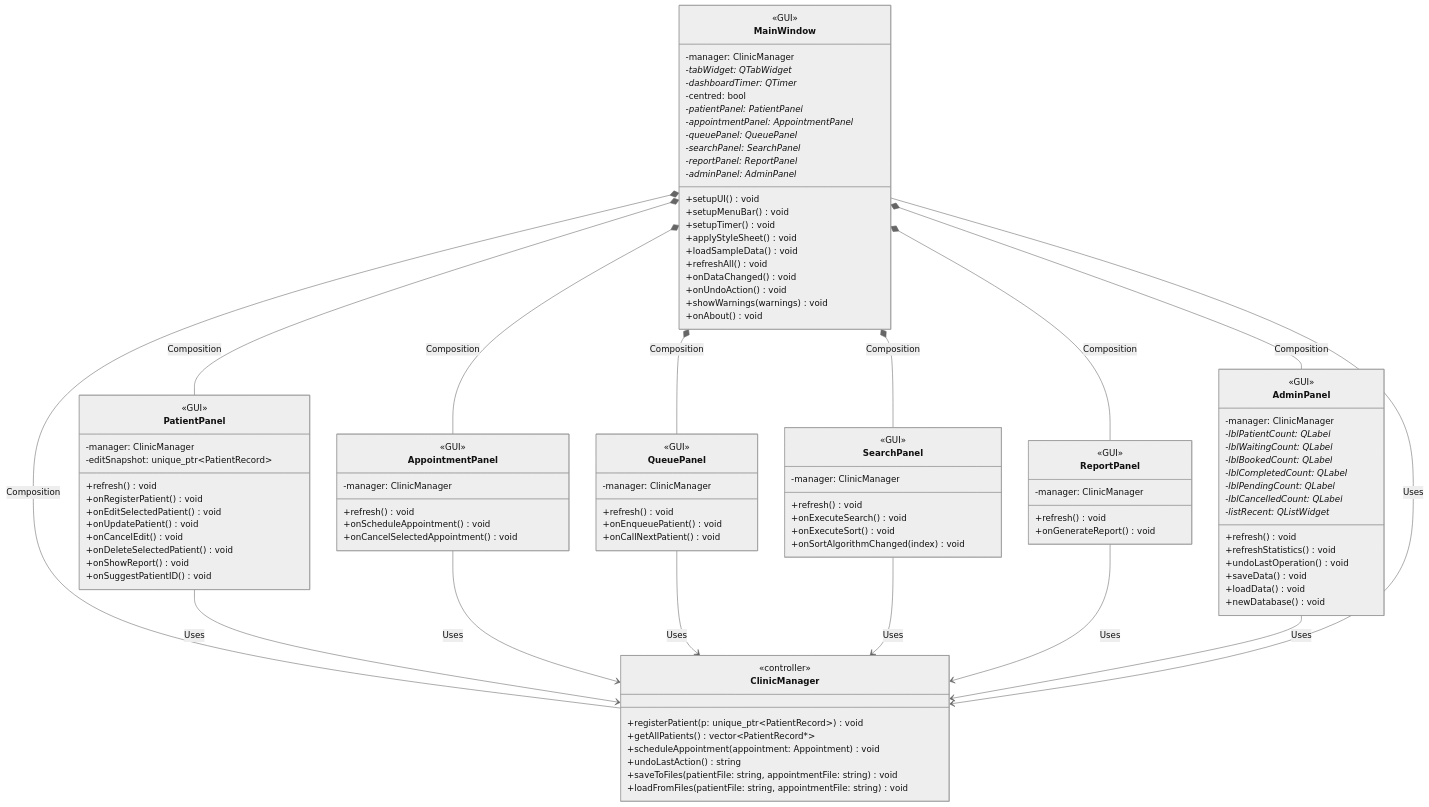
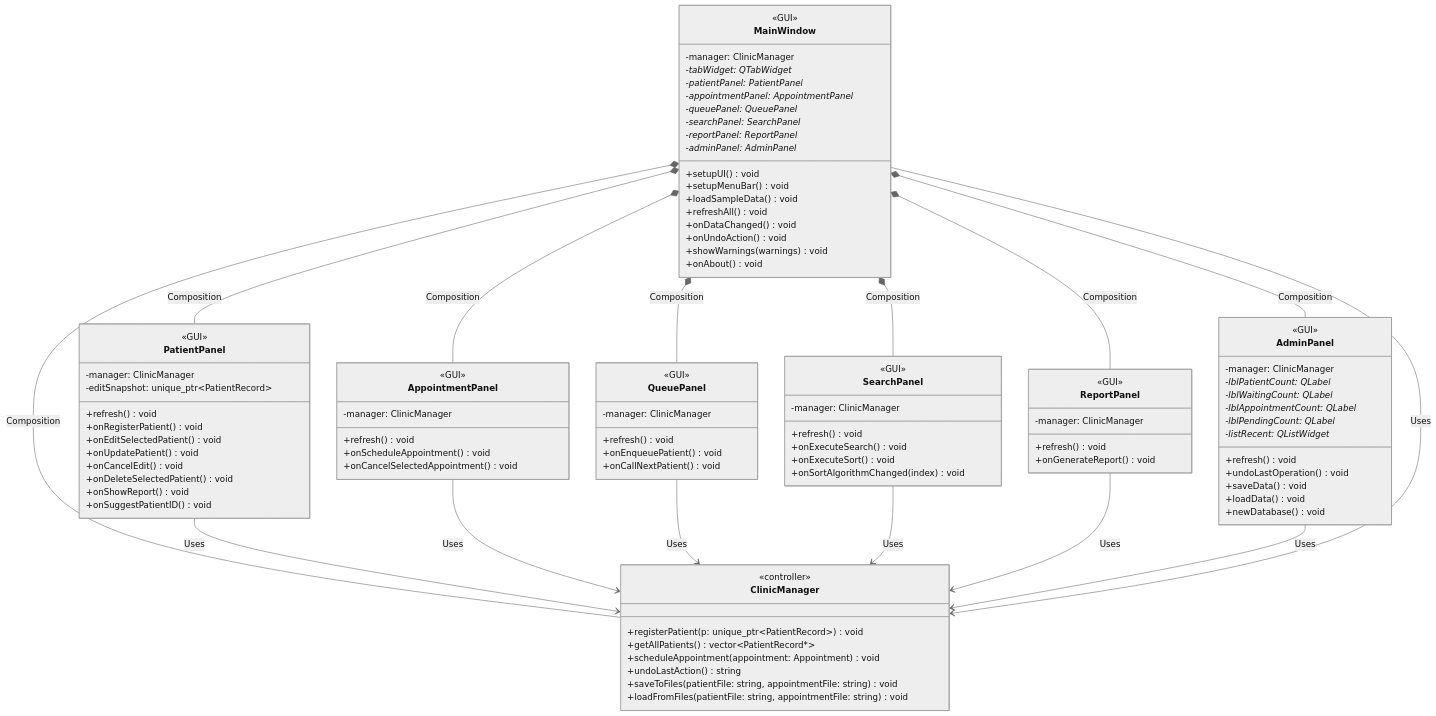
One commit to OlisaDavies/COS-202-LAB-ASSESSMENT changed the diagram in uml_sections/3_screens.md. Above: the diagram before and after it, drawn with Mermaid (neutral theme). The commit also changed 28 other files, not shown here.

```diff
--- a/uml_sections/3_screens.md
+++ b/uml_sections/3_screens.md
@@ -16,8 +16,6 @@
         <<GUI>>
         -manager: ClinicManager
         -tabWidget: QTabWidget*
-        -dashboardTimer: QTimer*
-        -centred: bool
         -patientPanel: PatientPanel*
         -appointmentPanel: AppointmentPanel*
         -queuePanel: QueuePanel*
@@ -26,8 +24,6 @@
         -adminPanel: AdminPanel*
         +setupUI() void
         +setupMenuBar() void
-        +setupTimer() void
-        +applyStyleSheet() void
         +loadSampleData() void
         +refreshAll() void
         +onDataChanged() void
@@ -87,13 +83,10 @@
         -manager: ClinicManager
         -lblPatientCount: QLabel*
         -lblWaitingCount: QLabel*
-        -lblBookedCount: QLabel*
-        -lblCompletedCount: QLabel*
+        -lblAppointmentCount: QLabel*
         -lblPendingCount: QLabel*
-        -lblCancelledCount: QLabel*
         -listRecent: QListWidget*
         +refresh() void
-        +refreshStatistics() void
         +undoLastOperation() void
         +saveData() void
         +loadData() void
```
